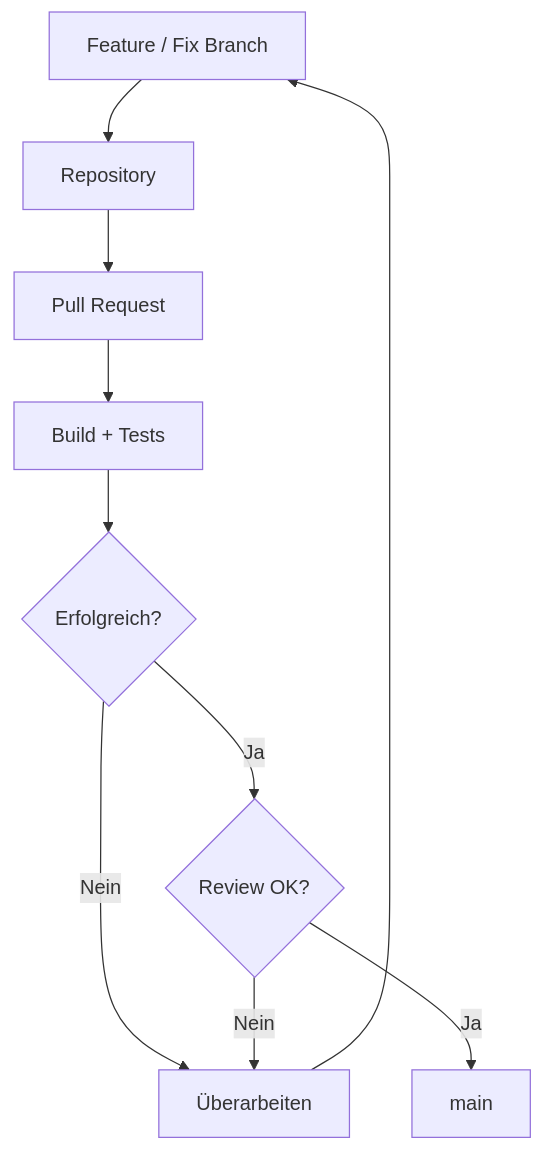
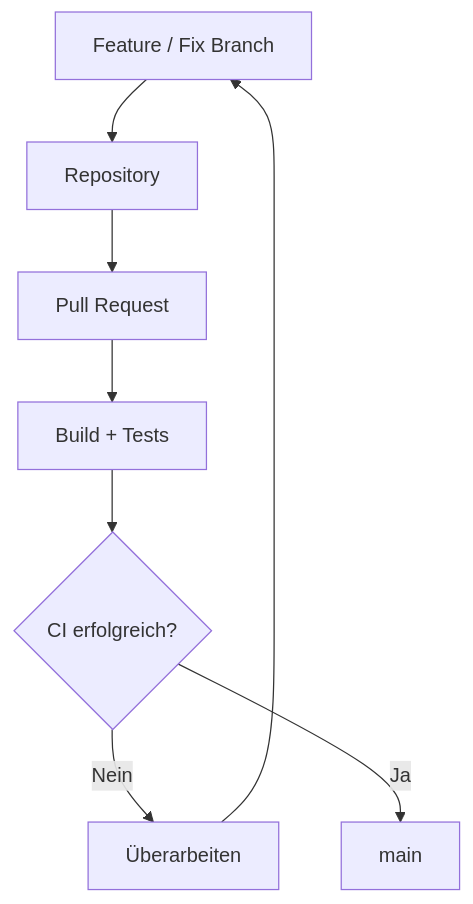
Before and after one commit to SOWIinformatik/sowi-vcard: the second of 8 diagrams in docs/SOWI.vCard.CICD.md, drawn with Mermaid. The commit also changed other lines of this file and 2 other files, not shown here.

````diff
--- a/docs/SOWI.vCard.CICD.md
+++ b/docs/SOWI.vCard.CICD.md
@@ -311,25 +316,21 @@
 ```mermaid
 flowchart TD
 
     FEAT[Feature / Fix Branch]
     REPO[Repository]
     PR[Pull Request]
     BUTE[Build + Tests]
-    BUILD{Erfolgreich?}
-    REVIEW{Review OK?}
+    BUILD{CI erfolgreich?}
     MAIN[main]
     REWORK[Überarbeiten]
 
     FEAT --> REPO
     REPO --> PR
     PR --> BUTE
     BUTE --> BUILD
 
     BUILD -->|Nein| REWORK
-    BUILD -->|Ja| REVIEW
-
-    REVIEW -->|Nein| REWORK
-    REVIEW -->|Ja| MAIN
+    BUILD -->|Ja| MAIN
 
     REWORK --> FEAT
 ```
````
